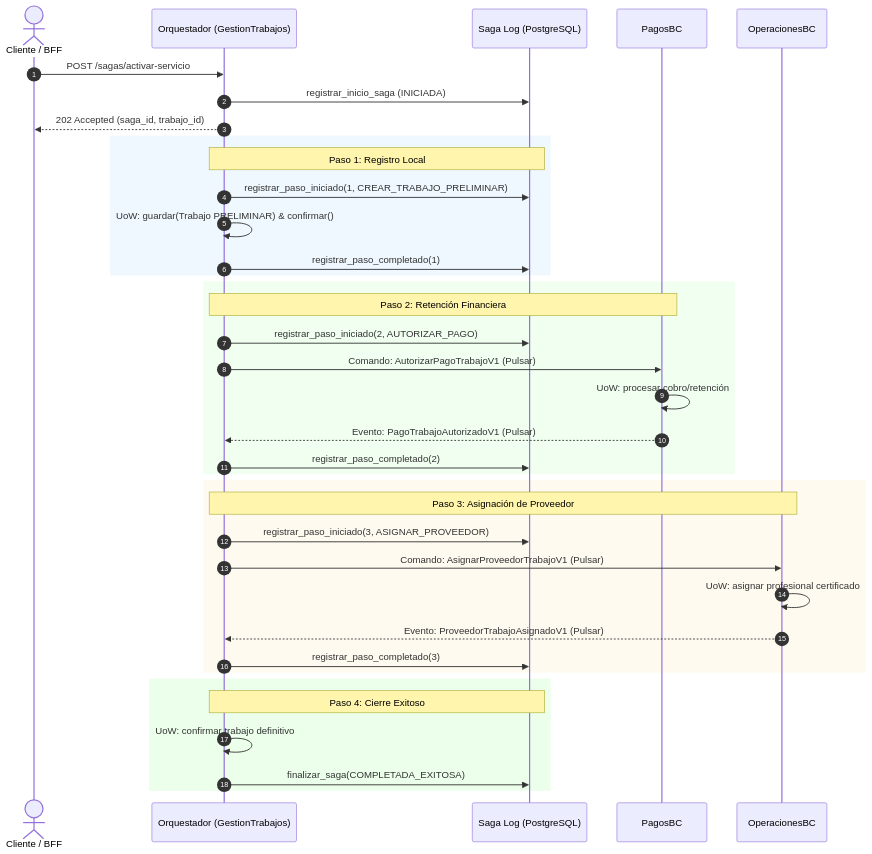
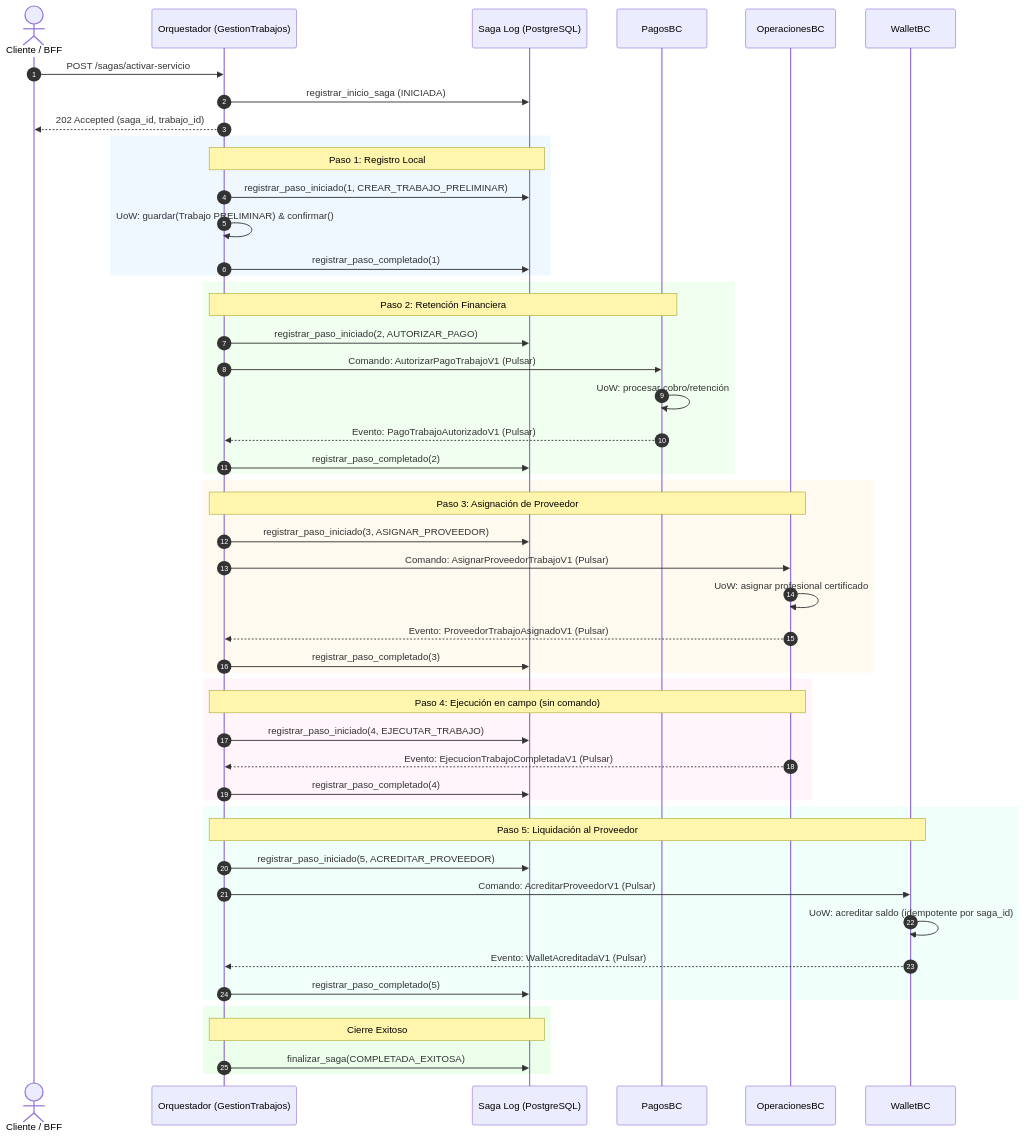
One commit to criscont17/hogar-de-los-alpes changed the second of 4 diagrams in docs/semana-7/patron-sagas-y-saga-log.md. Above: the diagram before and after it, drawn with Mermaid. The commit also changed other lines of this file and 61 other files, not shown here.

````diff
--- a/docs/semana-7/patron-sagas-y-saga-log.md
+++ b/docs/semana-7/patron-sagas-y-saga-log.md
@@ -93,44 +108,60 @@
 ```mermaid
 sequenceDiagram
     autonumber
     actor Cliente as Cliente / BFF
     participant Orq as Orquestador (GestionTrabajos)
     participant Log as Saga Log (PostgreSQL)
     participant Pagos as PagosBC
     participant Ops as OperacionesBC
+    participant Wallet as WalletBC
 
     Cliente->>Orq: POST /sagas/activar-servicio
     Orq->>Log: registrar_inicio_saga (INICIADA)
     Orq-->>Cliente: 202 Accepted (saga_id, trabajo_id)
 
     rect rgb(240, 248, 255)
         note over Orq, Log: Paso 1: Registro Local
         Orq->>Log: registrar_paso_iniciado(1, CREAR_TRABAJO_PRELIMINAR)
         Orq->>Orq: UoW: guardar(Trabajo PRELIMINAR) & confirmar()
         Orq->>Log: registrar_paso_completado(1)
     end
 
     rect rgb(240, 255, 240)
         note over Orq, Pagos: Paso 2: Retención Financiera
         Orq->>Log: registrar_paso_iniciado(2, AUTORIZAR_PAGO)
         Orq->>Pagos: Comando: AutorizarPagoTrabajoV1 (Pulsar)
         Pagos->>Pagos: UoW: procesar cobro/retención
         Pagos-->>Orq: Evento: PagoTrabajoAutorizadoV1 (Pulsar)
         Orq->>Log: registrar_paso_completado(2)
     end
 
     rect rgb(255, 250, 240)
         note over Orq, Ops: Paso 3: Asignación de Proveedor
         Orq->>Log: registrar_paso_iniciado(3, ASIGNAR_PROVEEDOR)
         Orq->>Ops: Comando: AsignarProveedorTrabajoV1 (Pulsar)
         Ops->>Ops: UoW: asignar profesional certificado
         Ops-->>Orq: Evento: ProveedorTrabajoAsignadoV1 (Pulsar)
         Orq->>Log: registrar_paso_completado(3)
     end
 
+    rect rgb(255, 245, 250)
+        note over Orq, Ops: Paso 4: Ejecución en campo (sin comando)
+        Orq->>Log: registrar_paso_iniciado(4, EJECUTAR_TRABAJO)
+        Ops-->>Orq: Evento: EjecucionTrabajoCompletadaV1 (Pulsar)
+        Orq->>Log: registrar_paso_completado(4)
+    end
+
+    rect rgb(240, 255, 250)
+        note over Orq, Wallet: Paso 5: Liquidación al Proveedor
+        Orq->>Log: registrar_paso_iniciado(5, ACREDITAR_PROVEEDOR)
+        Orq->>Wallet: Comando: AcreditarProveedorV1 (Pulsar)
+        Wallet->>Wallet: UoW: acreditar saldo (idempotente por saga_id)
+        Wallet-->>Orq: Evento: WalletAcreditadaV1 (Pulsar)
+        Orq->>Log: registrar_paso_completado(5)
+    end
+
     rect rgb(235, 255, 235)
-        note over Orq, Log: Paso 4: Cierre Exitoso
-        Orq->>Orq: UoW: confirmar trabajo definitivo
+        note over Orq, Log: Cierre Exitoso
         Orq->>Log: finalizar_saga(COMPLETADA_EXITOSA)
     end
 ```
````
